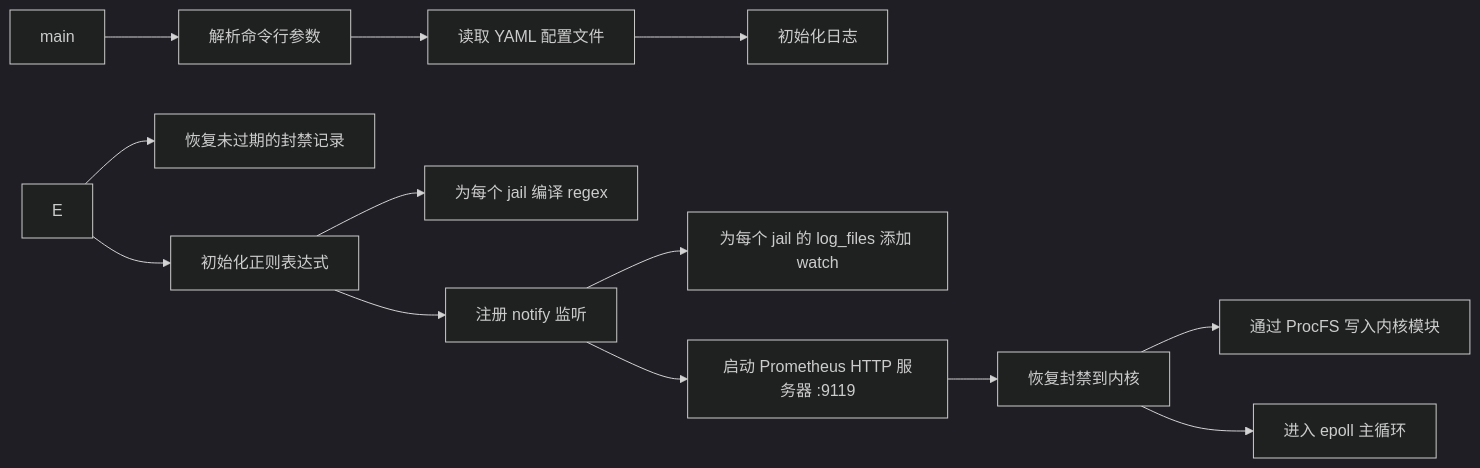
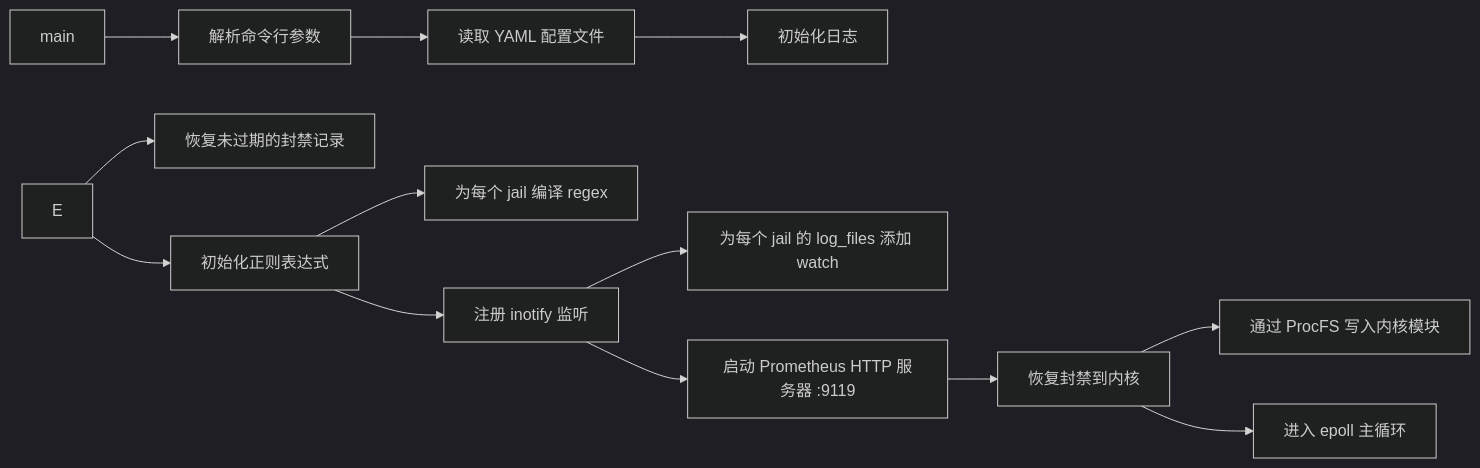
Before and after one commit to SnowCore8/linux-firewall-kmod: the third of 7 diagrams in docs/zh/architecture/daemon.md, drawn with Mermaid (dark theme). The commit also changed other lines of this file and 29 other files, not shown here.

````diff
--- a/docs/zh/architecture/daemon.md
+++ b/docs/zh/architecture/daemon.md
@@ -126,15 +130,15 @@
 ```mermaid
 graph LR
     A["main"] --> B["解析命令行参数"]
     B --> C["读取 YAML 配置文件"]
     C --> D["初始化日志"]
     E --> E1["恢复未过期的封禁记录"]
     E --> F["初始化正则表达式"]
     F --> F1["为每个 jail 编译 regex"]
-    F --> G["注册 notify 监听"]
+    F --> G["注册 inotify 监听"]
     G --> G1["为每个 jail 的 log_files 添加 watch"]
     G --> H["启动 Prometheus HTTP 服务器 :9119"]
     H --> I["恢复封禁到内核"]
     I --> I1["通过 ProcFS 写入内核模块"]
     I --> J["进入 epoll 主循环"]
 ```
````
